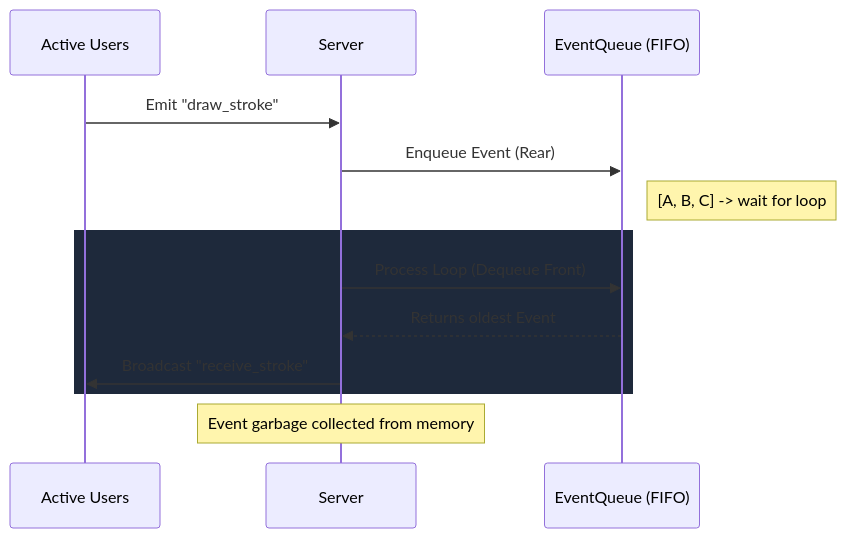
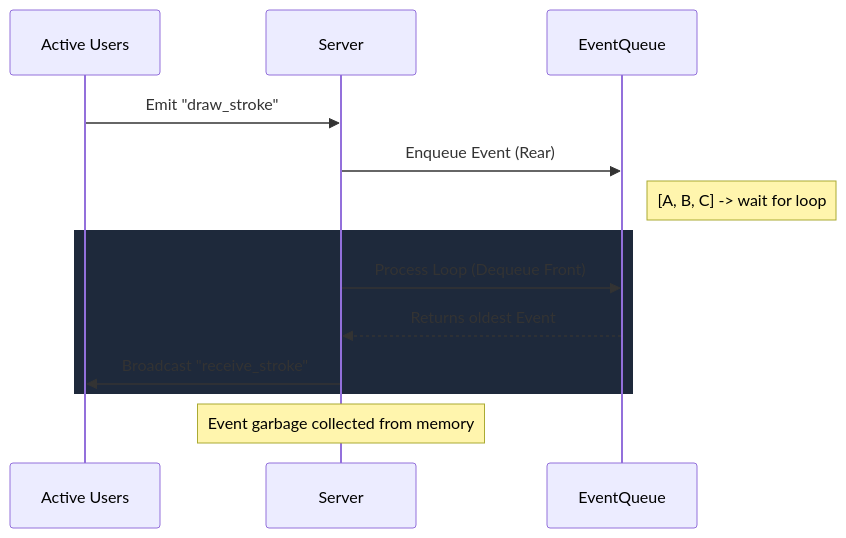
Before and after one commit to prem22k/Online-Collaborative-Whiteboard: the second of 5 diagrams in docs/architecture_data_flow.md, drawn with Mermaid. The commit also changed other lines of this file, not shown here.

Commit message:
docs: simplify Mermaid participant labels in architecture doc

````diff
--- a/docs/architecture_data_flow.md
+++ b/docs/architecture_data_flow.md
@@ -35,18 +35,18 @@
 ```mermaid
 sequenceDiagram
     participant Clients as Active Users
     participant S as Server
-    participant Q as EventQueue (FIFO)
+    participant Q as EventQueue
 
     Clients->>S: Emit "draw_stroke"
     S->>Q: Enqueue Event (Rear)
     Note right of Q: [A, B, C] -> wait for loop
     
     rect rgb(30, 41, 59)
     S->>Q: Process Loop (Dequeue Front)
     Q-->>S: Returns oldest Event
     S->>Clients: Broadcast "receive_stroke"
     end
     
     Note over S: Event garbage collected from memory
 ```
````
